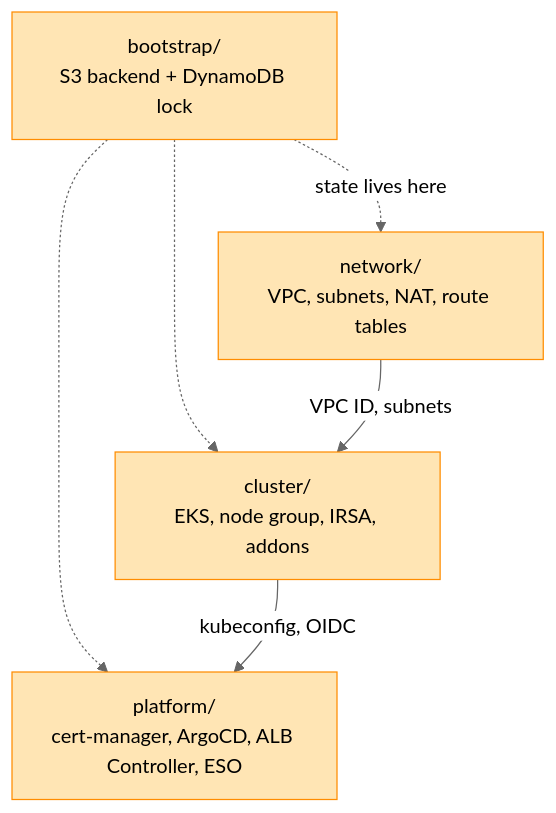
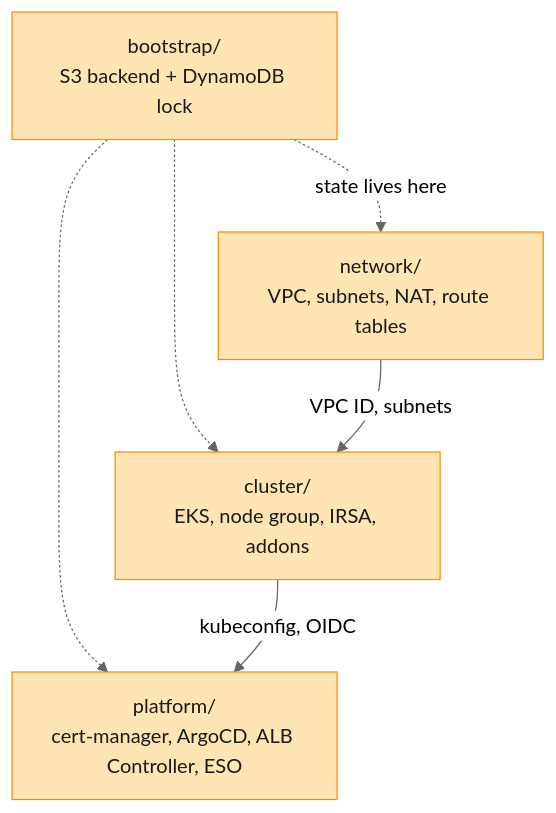
The third of 8 diagrams in docs/architecture.md (srinivas-singireddy/mlops-platform-aws-eks), drawn with Mermaid (neutral theme) before and after one commit. The commit also changed other lines of this file, not shown here.

First line of the commit message:
fix(docs): add explicit text colors to Mermaid classDef rules

````diff
--- a/docs/architecture.md
+++ b/docs/architecture.md
@@ -122,16 +122,16 @@
 ```mermaid
 flowchart TB
     bootstrap["bootstrap/<br/>S3 backend + DynamoDB lock"]
     network["network/<br/>VPC, subnets, NAT, route tables"]
     cluster["cluster/<br/>EKS, node group, IRSA, addons"]
     platform["platform/<br/>cert-manager, ArgoCD, ALB Controller, ESO"]
 
     bootstrap -.->|state lives here| network
     bootstrap -.-> cluster
     bootstrap -.-> platform
     network -->|VPC ID, subnets| cluster
     cluster -->|kubeconfig, OIDC| platform
 
-    classDef infra fill:#FFE5B4,stroke:#FF8C00
+    classDef infra fill:#FFE5B4,stroke:#FF8C00,color:#1A1A1A
     class bootstrap,network,cluster,platform infra
 ```
````
